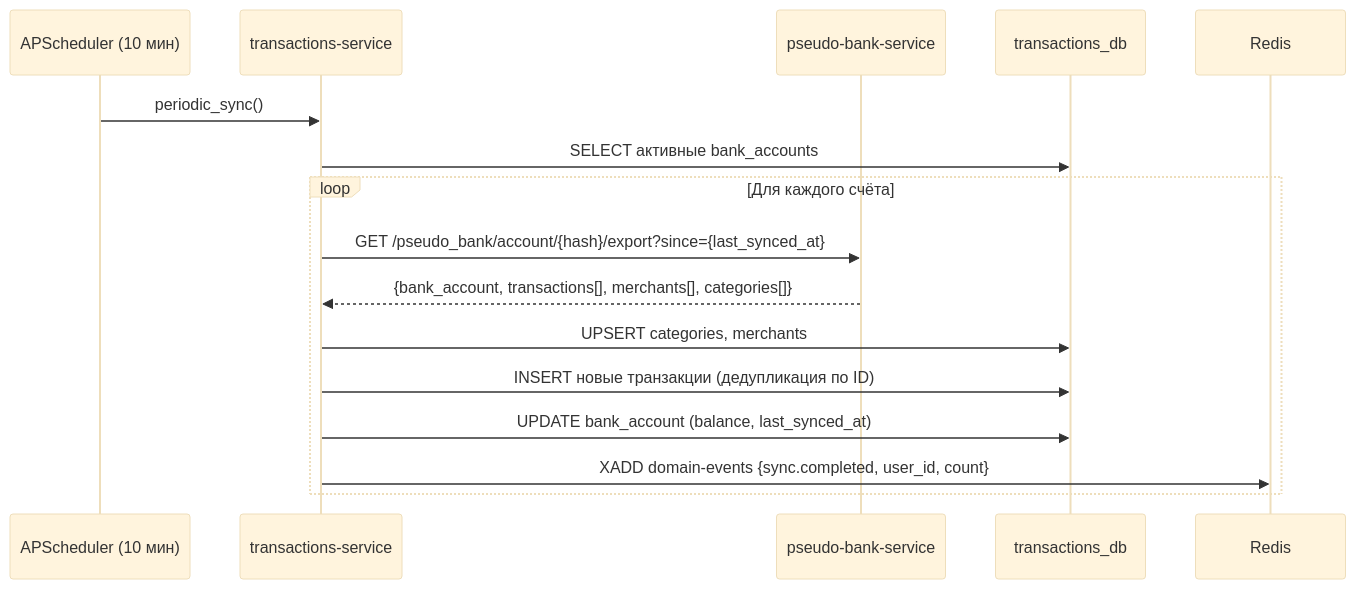
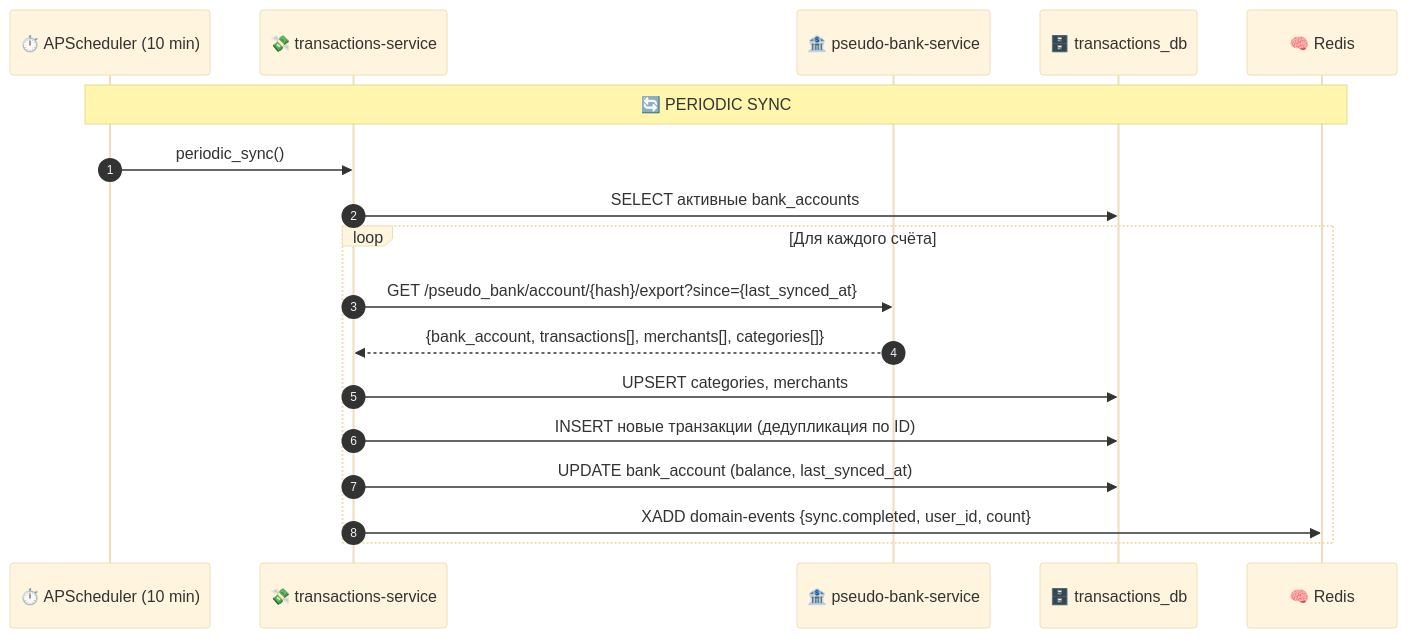
Before and after one commit to Alekcey5977/smart-budget-backend: the diagram in docs/services/transactions-service.md, drawn with Mermaid (base theme). The commit also changed 10 other files, not shown here.

````diff
--- a/docs/services/transactions-service.md
+++ b/docs/services/transactions-service.md
@@ -27,19 +27,21 @@
 ```mermaid
 sequenceDiagram
-    participant APSched as APScheduler (10 мин)
-    participant TR as transactions-service
-    participant PBS as pseudo-bank-service
-    participant DB as transactions_db
-    participant Redis
+    autonumber
+    participant APSched as ⏱️ APScheduler (10 min)
+    participant TR as 💸 transactions-service
+    participant PBS as 🏦 pseudo-bank-service
+    participant DB as 🗄️ transactions_db
+    participant Redis as 🧠 Redis
 
+    Note over APSched,Redis: 🔄 PERIODIC SYNC
     APSched->>TR: periodic_sync()
     TR->>DB: SELECT активные bank_accounts
     loop Для каждого счёта
         TR->>PBS: GET /pseudo_bank/account/{hash}/export?since={last_synced_at}
         PBS-->>TR: {bank_account, transactions[], merchants[], categories[]}
         TR->>DB: UPSERT categories, merchants
         TR->>DB: INSERT новые транзакции (дедупликация по ID)
         TR->>DB: UPDATE bank_account (balance, last_synced_at)
         TR->>Redis: XADD domain-events {sync.completed, user_id, count}
     end
 ```
````
